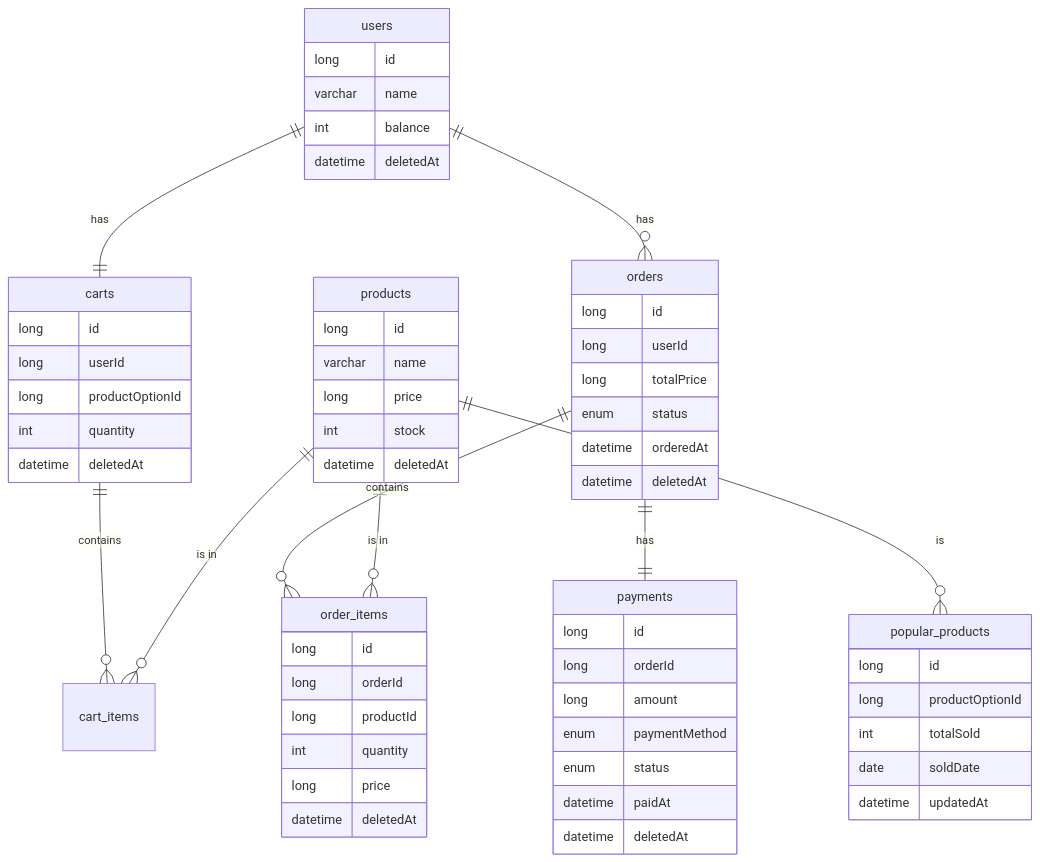
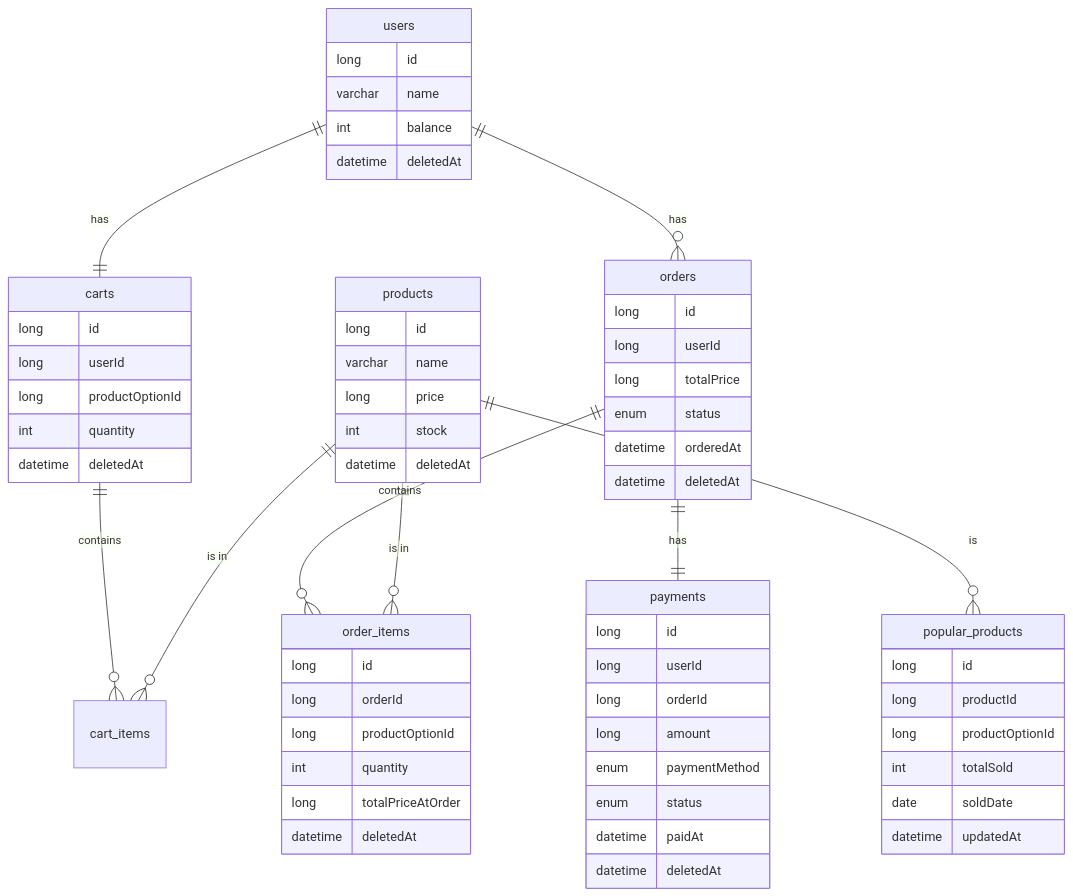
Diagram 11 of 11 in README.md (saint6839/hh-e-commerce), drawn with Mermaid before and after one commit.

Commit message:
docs: erd 수정 사항 반영

````diff
--- a/README.md
+++ b/README.md
@@ -186,70 +186,72 @@
 ```mermaid
 erDiagram
   users {
     long id
     varchar name
     int balance
     datetime deletedAt
   }
 
   products {
     long id
     varchar name
     long price
     int stock
     datetime deletedAt
   }
 
   orders {
     long id
     long userId
     long totalPrice
     enum status
     datetime orderedAt
     datetime deletedAt
   }
 
   order_items {
     long id
     long orderId
-    long productId
+    long productOptionId
     int quantity
-    long price
+    long totalPriceAtOrder
     datetime deletedAt
   }
 
   payments {
     long id
+    long userId
     long orderId
     long amount
     enum paymentMethod
     enum status
     datetime paidAt
     datetime deletedAt
   }
 
   carts {
     long id
     long userId
     long productOptionId
     int quantity
     datetime deletedAt
   }
 
   popular_products {
     long id
+    long productId
     long productOptionId
     int totalSold
     date soldDate
     datetime updatedAt
   }
 
   users ||--|| carts : "has"
   users ||--o{ orders : "has"
   orders ||--o{ order_items : "contains"
   products ||--o{ order_items : "is in"
   carts ||--o{ cart_items : "contains"
   products ||--o{ cart_items : "is in"
   products ||--o{ popular_products : "is"
   orders ||--|| payments : "has"
 ```
````
